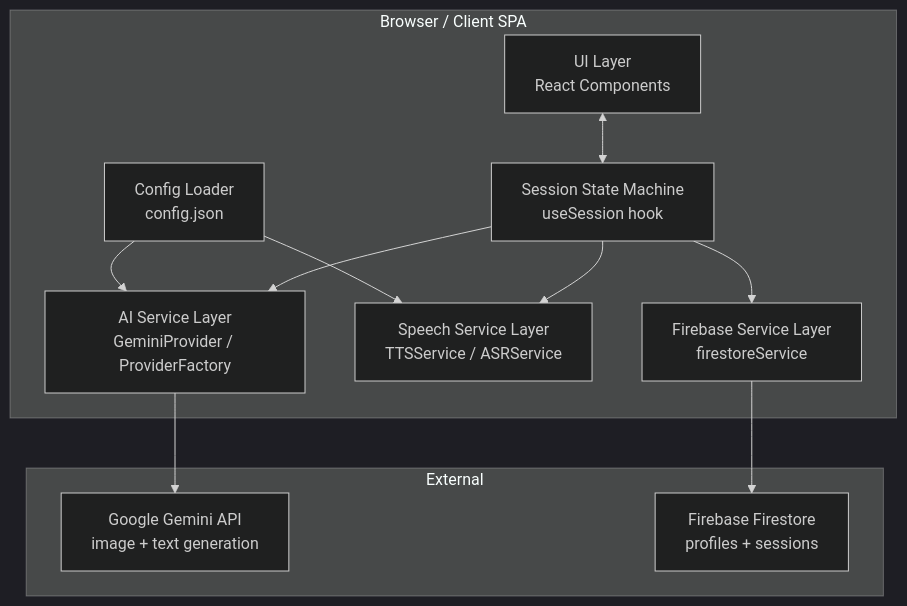
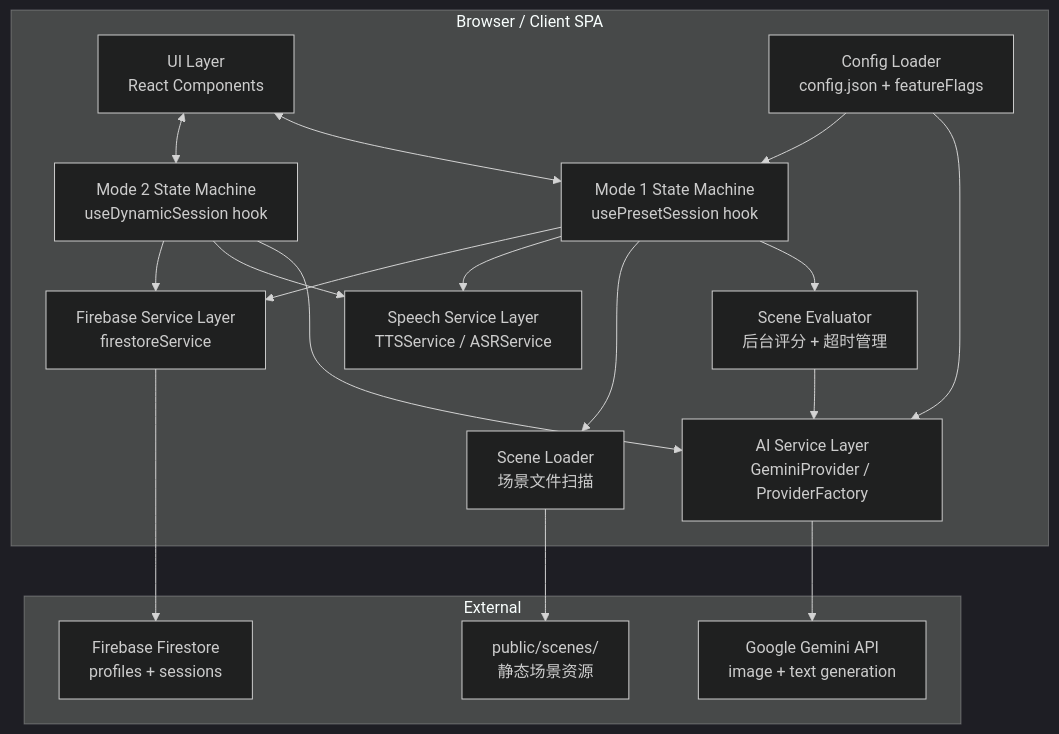
One commit to EldenCheng/Vibe_Coding changed the first of 4 diagrams in english-learning-app/Design/design.md. Above: the diagram before and after it, drawn with Mermaid (dark theme). The commit also changed other lines of this file and 3 other files, not shown here.

````diff
--- a/english-learning-app/Design/design.md
+++ b/english-learning-app/Design/design.md
@@ -25,25 +26,36 @@
 ```mermaid
 graph TB
     subgraph Browser [Browser / Client SPA]
         UI[UI Layer<br/>React Components]
-        SM[Session State Machine<br/>useSession hook]
+        SM1[Mode 1 State Machine<br/>usePresetSession hook]
+        SM2[Mode 2 State Machine<br/>useDynamicSession hook]
         AI[AI Service Layer<br/>GeminiProvider / ProviderFactory]
+        SE[Scene Evaluator<br/>后台评分 + 超时管理]
+        SL[Scene Loader<br/>场景文件扫描]
         Speech[Speech Service Layer<br/>TTSService / ASRService]
         DB[Firebase Service Layer<br/>firestoreService]
-        Config[Config Loader<br/>config.json]
+        Config[Config Loader<br/>config.json + featureFlags]
     end
 
     subgraph External
         Gemini[Google Gemini API<br/>image + text generation]
         Fire[Firebase Firestore<br/>profiles + sessions]
+        Scenes[public/scenes/<br/>静态场景资源]
     end
 
-    UI <--> SM
-    SM --> AI
-    SM --> Speech
-    SM --> DB
+    UI <--> SM1
+    UI <--> SM2
+    SM1 --> SE
+    SM1 --> SL
+    SM1 --> Speech
+    SM1 --> DB
+    SM2 --> AI
+    SM2 --> Speech
+    SM2 --> DB
+    SE --> AI
     AI --> Gemini
     DB --> Fire
+    SL --> Scenes
     Config --> AI
-    Config --> Speech
+    Config --> SM1
 ```
````
